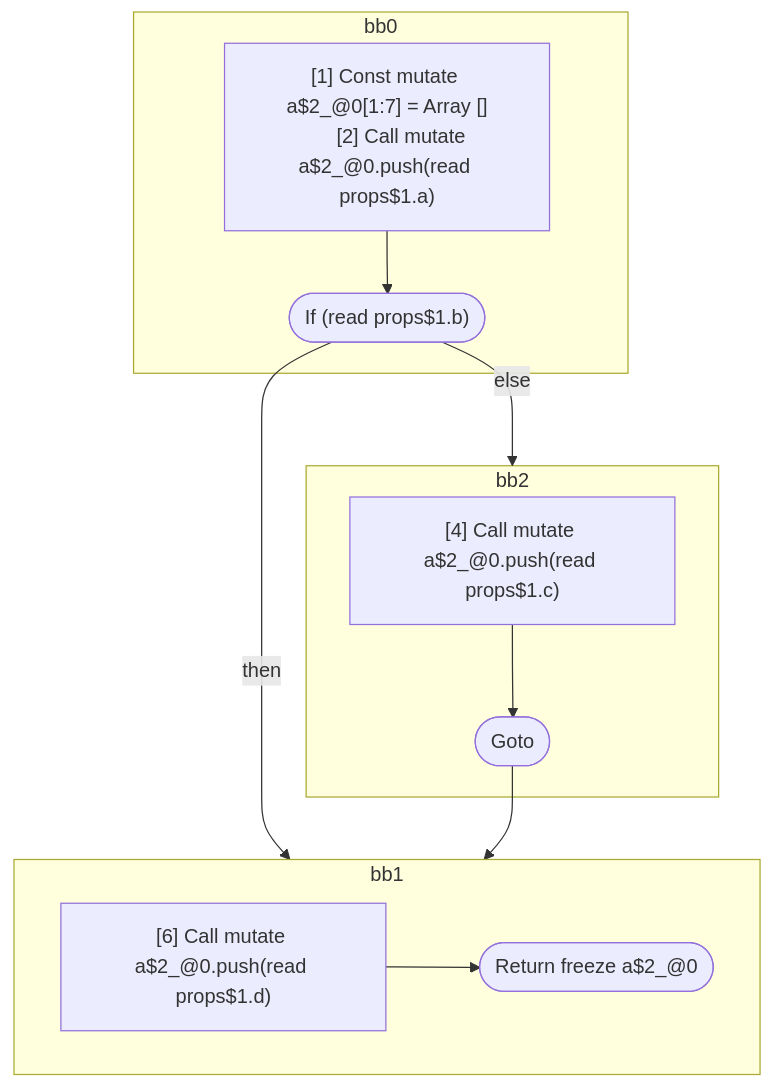
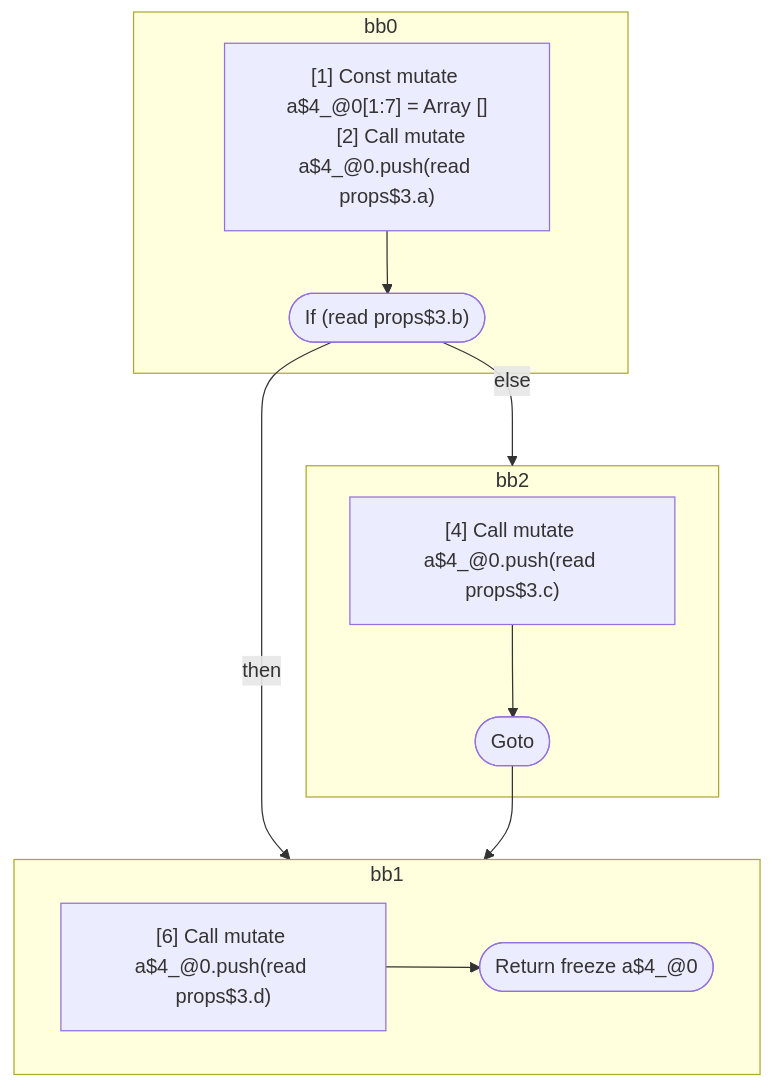
The fifth of 5 diagrams in compiler/forget/src/__tests__/fixtures/hir/conditional-break.expect.md (wutsmog/private), drawn with Mermaid before and after one commit. The commit also changed other lines of this file and 59 other files, not shown here.

````diff
--- a/compiler/forget/src/__tests__/fixtures/hir/conditional-break.expect.md
+++ b/compiler/forget/src/__tests__/fixtures/hir/conditional-break.expect.md
@@ -353,29 +353,29 @@
 ```mermaid
 flowchart TB
   %% Basic Blocks
   subgraph bb0
     bb0_instrs["
-      [1] Const mutate a$2_@0[1:7] = Array []
-      [2] Call mutate a$2_@0.push(read props$1.a)
+      [1] Const mutate a$4_@0[1:7] = Array []
+      [2] Call mutate a$4_@0.push(read props$3.a)
     "]
-    bb0_instrs --> bb0_terminal(["If (read props$1.b)"])
+    bb0_instrs --> bb0_terminal(["If (read props$3.b)"])
   end
   subgraph bb2
     bb2_instrs["
-      [4] Call mutate a$2_@0.push(read props$1.c)
+      [4] Call mutate a$4_@0.push(read props$3.c)
     "]
     bb2_instrs --> bb2_terminal(["Goto"])
   end
   subgraph bb1
     bb1_instrs["
-      [6] Call mutate a$2_@0.push(read props$1.d)
+      [6] Call mutate a$4_@0.push(read props$3.d)
     "]
-    bb1_instrs --> bb1_terminal(["Return freeze a$2_@0"])
+    bb1_instrs --> bb1_terminal(["Return freeze a$4_@0"])
   end
 
   %% Jumps
   bb0_terminal -- "then" --> bb1
   bb0_terminal -- "else" --> bb2
   bb2_terminal --> bb1
 
 ```
````
